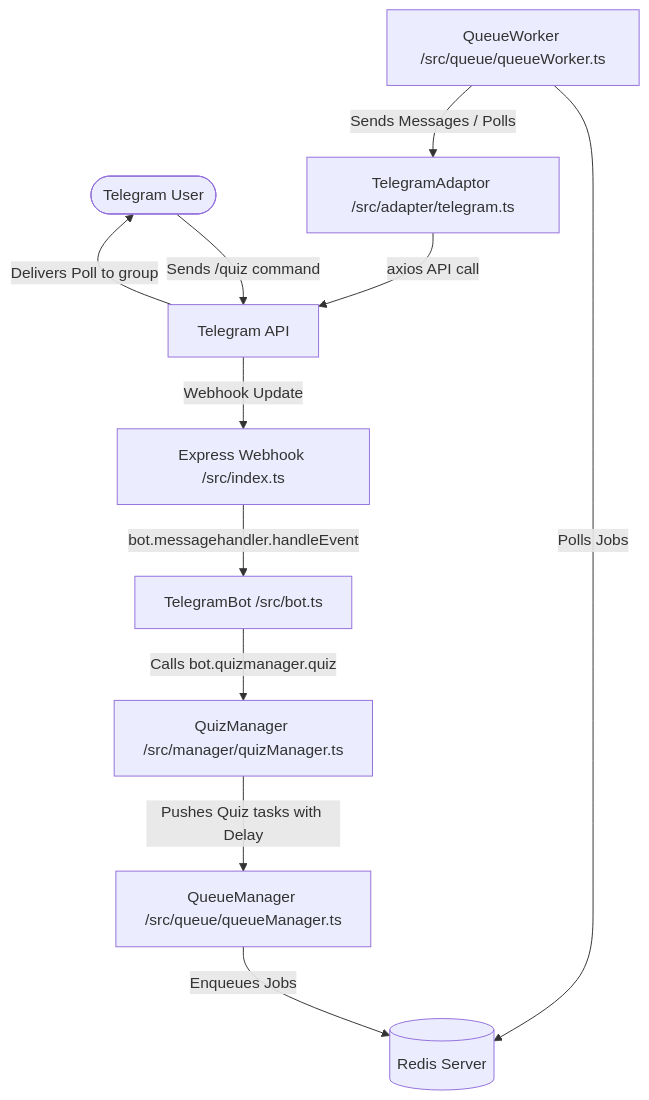
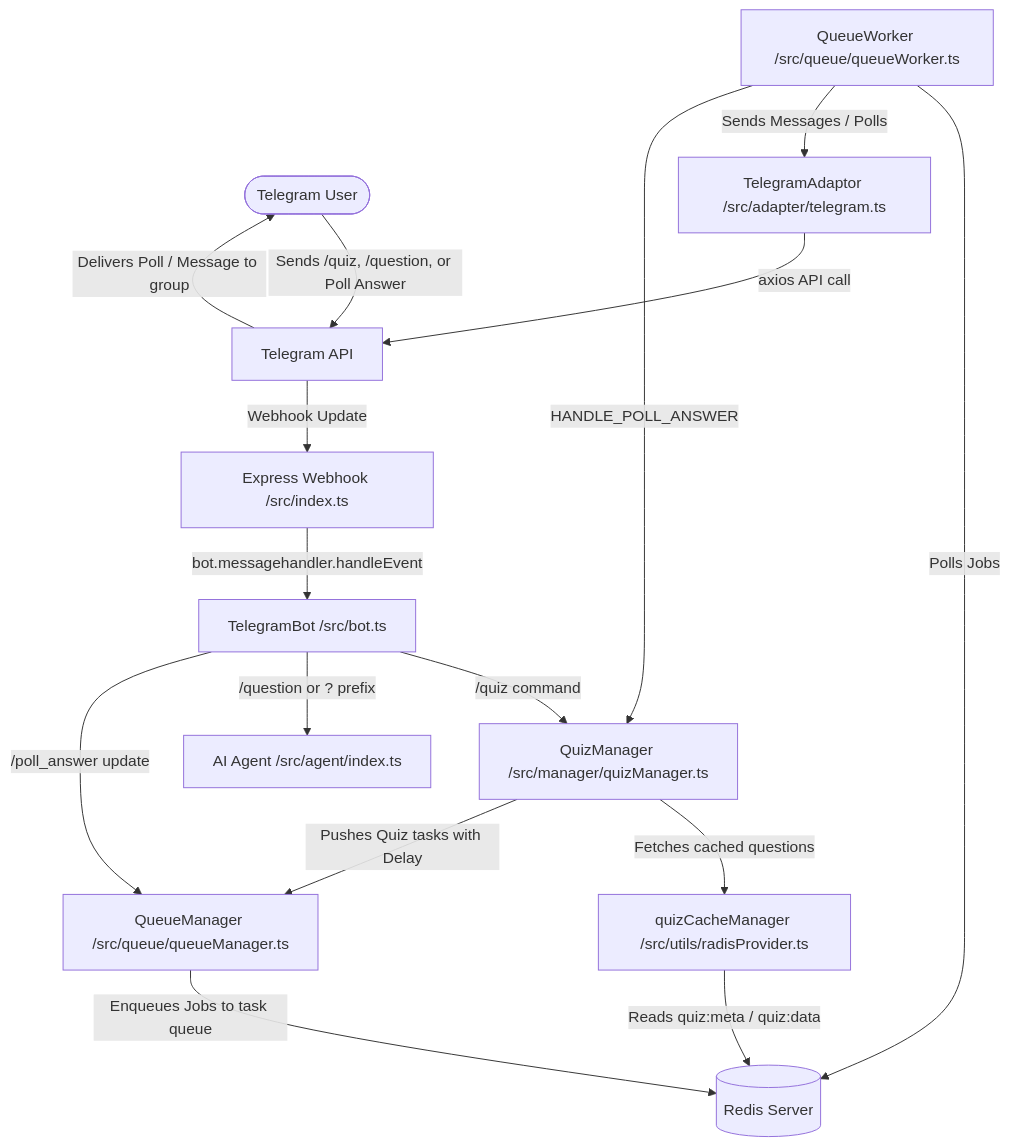
One commit to Subhajit-garai/telegram-bot changed the diagram in README.md. Above: the diagram before and after it, drawn with Mermaid. The commit also changed other lines of this file and 13 other files, not shown here.

````diff
--- a/README.md
+++ b/README.md
@@ -13,27 +13,36 @@
 ```mermaid
 graph TD
     User([Telegram User])
     Telegram[Telegram API]
     Webhook[Express Webhook /src/index.ts]
     Bot[TelegramBot /src/bot.ts]
     QuizMgr[QuizManager /src/manager/quizManager.ts]
+    Cache[quizCacheManager /src/utils/radisProvider.ts]
     Queue[QueueManager /src/queue/queueManager.ts]
     Redis[(Redis Server)]
     Worker[QueueWorker /src/queue/queueWorker.ts]
     Adaptor[TelegramAdaptor /src/adapter/telegram.ts]
+    Agent[AI Agent /src/agent/index.ts]
 
-    User -->|Sends /quiz command| Telegram
+    User -->|Sends /quiz, /question, or Poll Answer| Telegram
     Telegram -->|Webhook Update| Webhook
     Webhook -->|bot.messagehandler.handleEvent| Bot
-    Bot -->|Calls bot.quizmanager.quiz| QuizMgr
+    
+    Bot -->|/quiz command| QuizMgr
+    Bot -->|/question or ? prefix| Agent
+    Bot -->|/poll_answer update| Queue
+
+    QuizMgr -->|Fetches cached questions| Cache
+    Cache -->|Reads quiz:meta / quiz:data| Redis
     
     %% Enqueuing Flow
     QuizMgr -->|Pushes Quiz tasks with Delay| Queue
-    Queue -->|Enqueues Jobs| Redis
+    Queue -->|Enqueues Jobs to task queue| Redis
     
     %% Processing Flow
     Worker -->|Polls Jobs| Redis
     Worker -->|Sends Messages / Polls| Adaptor
+    Worker -->|HANDLE_POLL_ANSWER| QuizMgr
     Adaptor -->|axios API call| Telegram
-    Telegram -->|Delivers Poll to group| User
+    Telegram -->|Delivers Poll / Message to group| User
 ```
````
